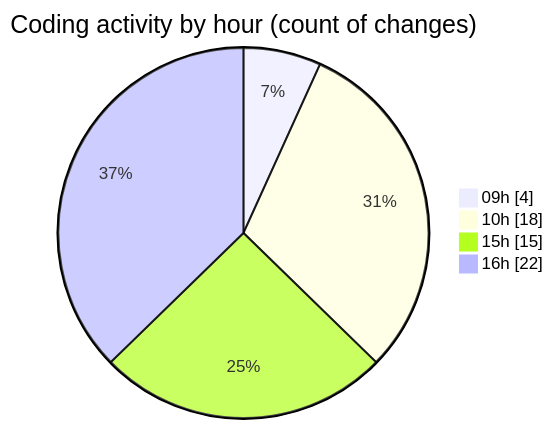
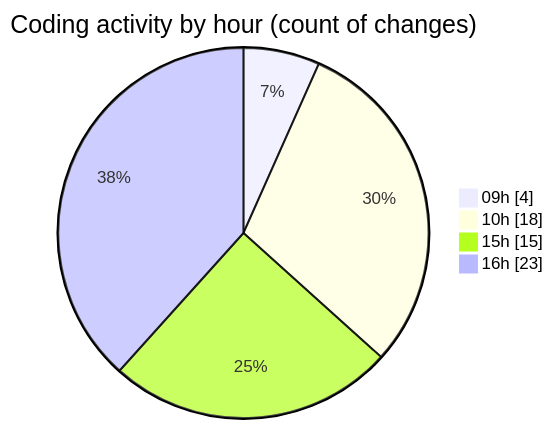
One commit to momahboobian/code-tracking changed the second of 2 diagrams in 2025-08-20/cda/README.md. Above: the diagram before and after it, drawn with Mermaid. The commit also changed other lines of this file and 1 other file, not shown here.

````diff
--- a/2025-08-20/cda/README.md
+++ b/2025-08-20/cda/README.md
@@ -35,8 +36,8 @@
 ```mermaid
 pie showData
 title Coding activity by hour (count of changes)
 "09h" : 4
 "10h" : 18
 "15h" : 15
-"16h" : 22
+"16h" : 23
 ```
````
